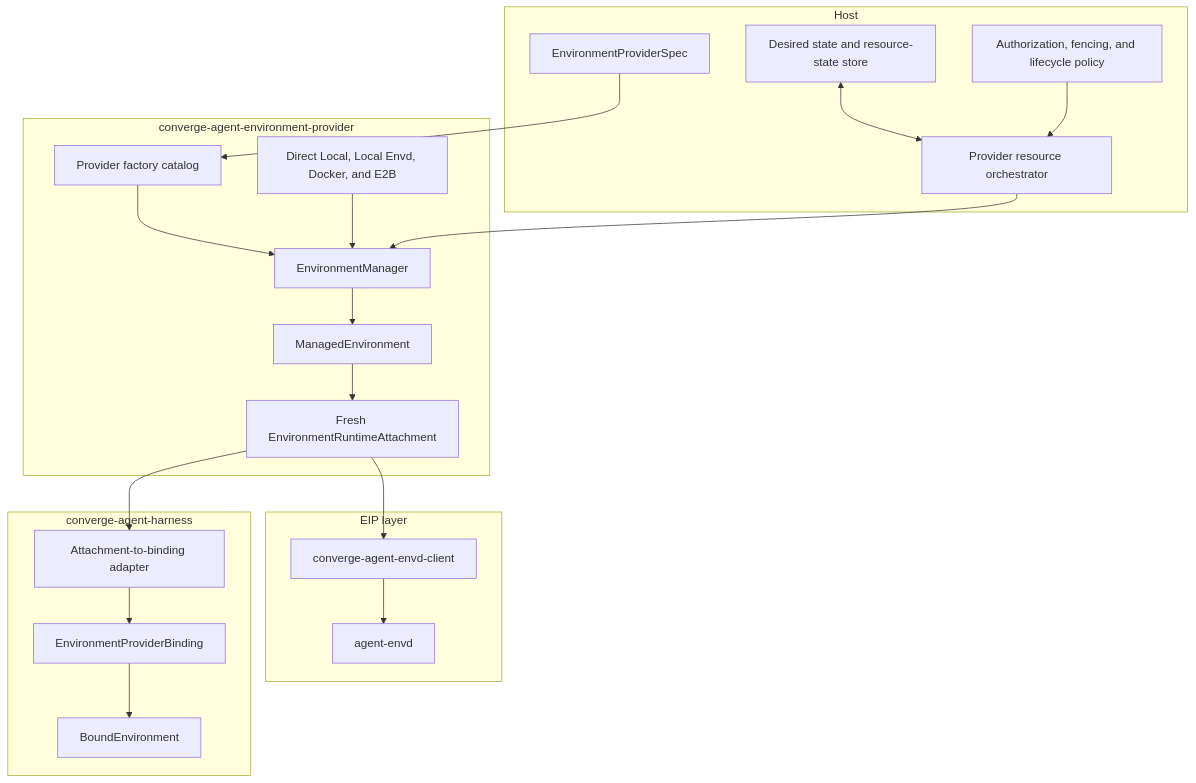
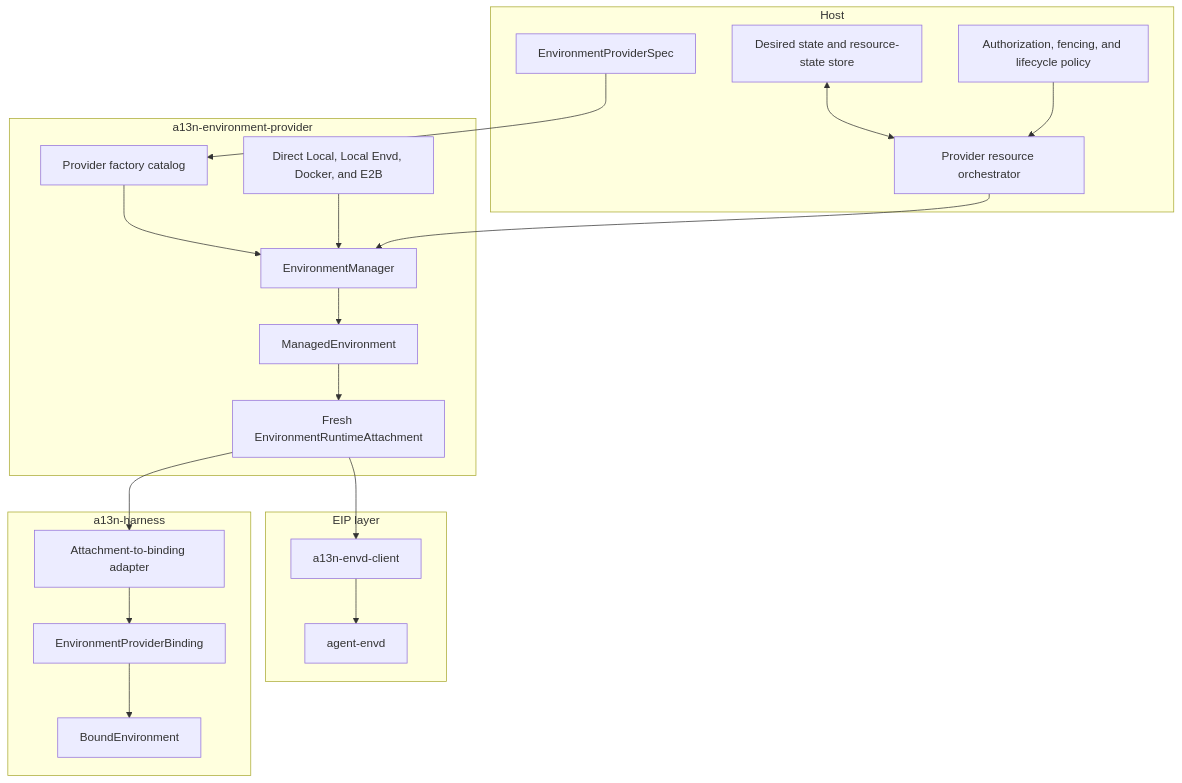
Before and after one commit to LTThreeComma/agent-foundation: the first of 2 diagrams in spec/agent-environment-provider/00-overview.md, drawn with Mermaid. The commit also changed other lines of this file and 563 other files, not shown here.

````diff
--- a/spec/agent-environment-provider/00-overview.md
+++ b/spec/agent-environment-provider/00-overview.md
@@ -17,35 +17,35 @@
 ```mermaid
 flowchart TB
     subgraph Host[Host]
         Definition[EnvironmentProviderSpec]
         Store[Desired state and resource-state store]
         Policy[Authorization, fencing, and lifecycle policy]
         Orchestrator[Provider resource orchestrator]
     end
 
-    subgraph ProviderPackage[converge-agent-environment-provider]
+    subgraph ProviderPackage[a13n-environment-provider]
         Catalog[Provider factory catalog]
         Manager[EnvironmentManager]
         Resource[ManagedEnvironment]
         Attachment[Fresh EnvironmentRuntimeAttachment]
         Builtins[Direct Local, Local Envd, Docker, and E2B]
     end
 
-    subgraph Harness[converge-agent-harness]
+    subgraph Harness[a13n-harness]
         Adapter[Attachment-to-binding adapter]
         Binding[EnvironmentProviderBinding]
         Environment[BoundEnvironment]
     end
 
     subgraph EIPLayer[EIP layer]
-        Client[converge-agent-envd-client]
+        Client[a13n-envd-client]
         Envd[agent-envd]
     end
 
     Definition --> Catalog --> Manager
     Policy --> Orchestrator --> Manager
     Store <--> Orchestrator
     Manager --> Resource --> Attachment --> Adapter --> Binding --> Environment
     Builtins --> Manager
     Attachment --> Client --> Envd
 ```
````
